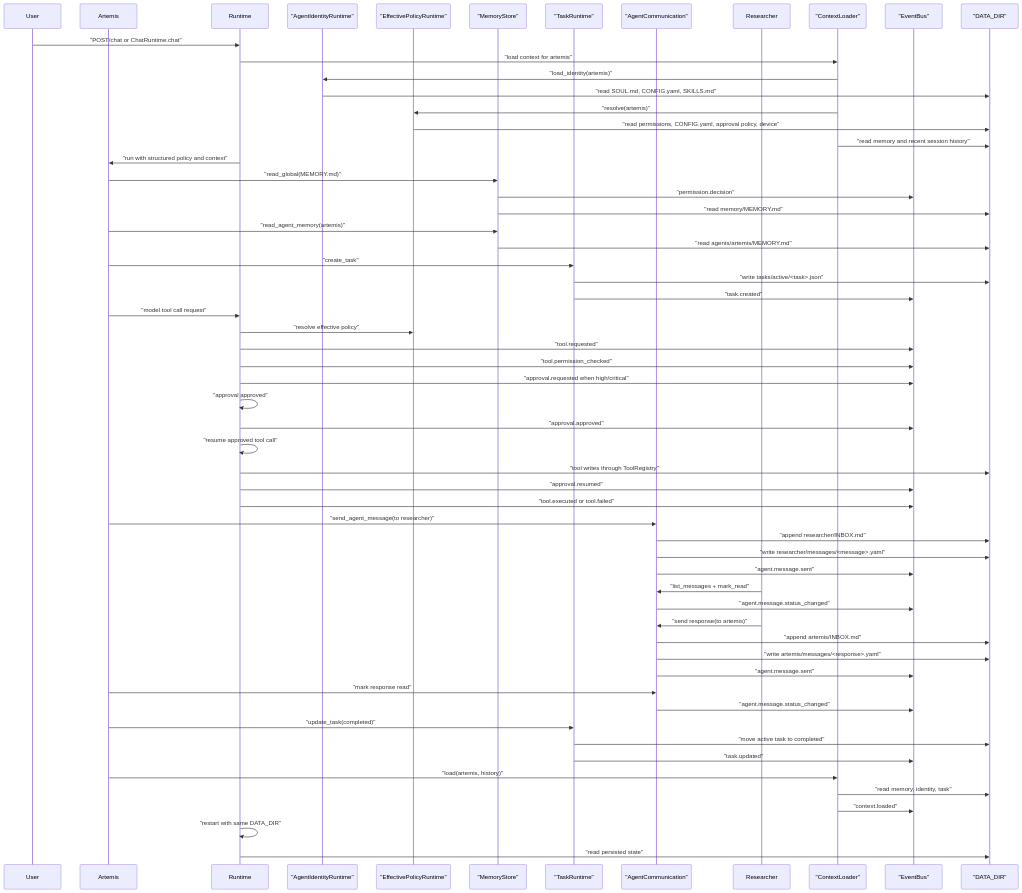
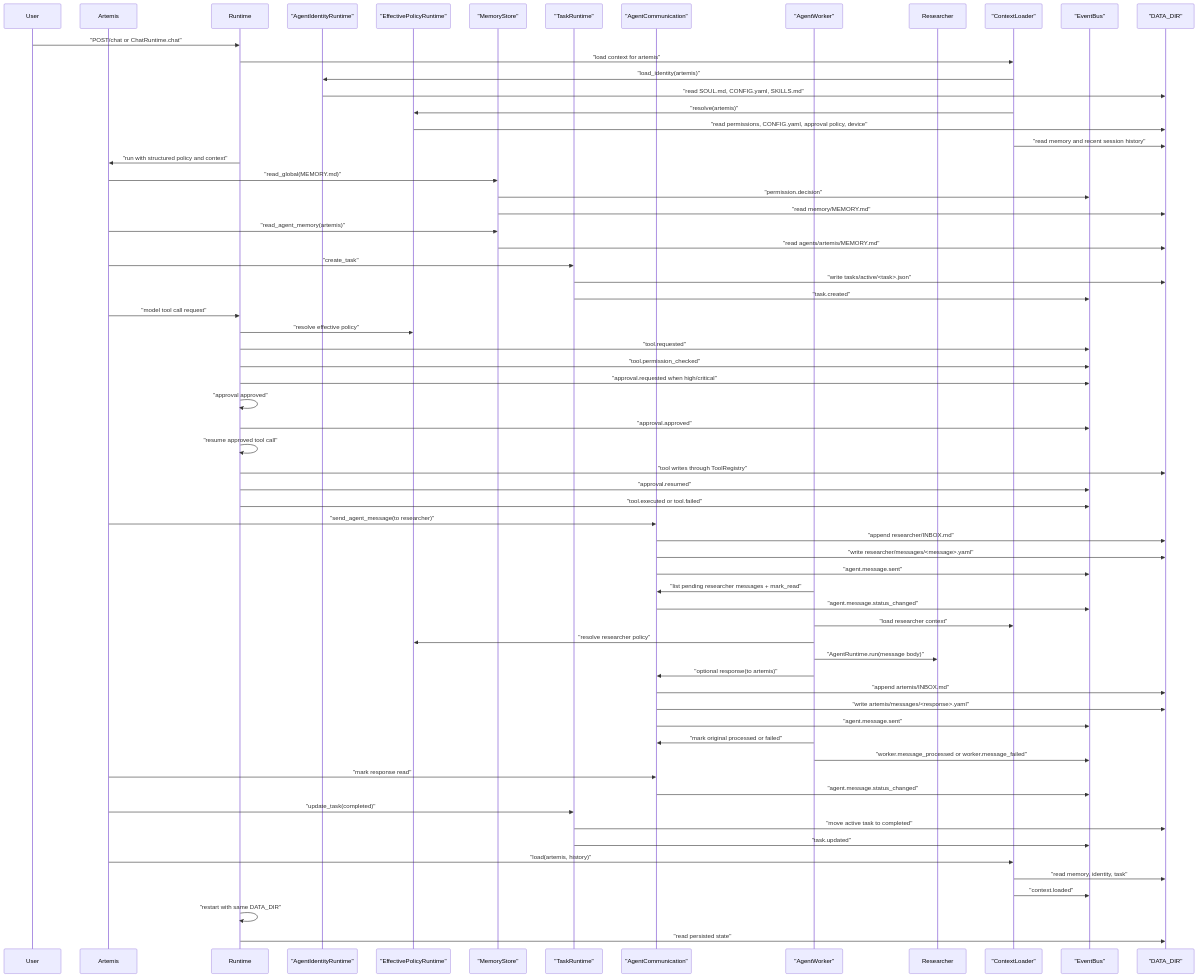
One commit to xDynamo01/Synapse changed the diagram in docs/validation/runtime-walkthrough.md. Above: the diagram before and after it, drawn with Mermaid. The commit also changed other lines of this file and 9 other files, not shown here.

Commit message:
feat: add agent worker inbox processing

````diff
--- a/docs/validation/runtime-walkthrough.md
+++ b/docs/validation/runtime-walkthrough.md
@@ -701,63 +718,69 @@
 ```mermaid
 sequenceDiagram
     participant User
     participant Artemis
     participant Runtime
     participant Identity as "AgentIdentityRuntime"
     participant Policy as "EffectivePolicyRuntime"
     participant Memory as "MemoryStore"
     participant Tasks as "TaskRuntime"
     participant A2A as "AgentCommunication"
+    participant Worker as "AgentWorker"
     participant Researcher
     participant Context as "ContextLoader"
     participant Events as "EventBus"
     participant Files as "DATA_DIR"
 
     User->>Runtime: "POST/chat or ChatRuntime.chat"
     Runtime->>Context: "load context for artemis"
     Context->>Identity: "load_identity(artemis)"
     Identity->>Files: "read SOUL.md, CONFIG.yaml, SKILLS.md"
     Context->>Policy: "resolve(artemis)"
     Policy->>Files: "read permissions, CONFIG.yaml, approval policy, device"
     Context->>Files: "read memory and recent session history"
     Runtime->>Artemis: "run with structured policy and context"
     Artemis->>Memory: "read_global(MEMORY.md)"
     Memory->>Events: "permission.decision"
     Memory->>Files: "read memory/MEMORY.md"
     Artemis->>Memory: "read_agent_memory(artemis)"
     Memory->>Files: "read agents/artemis/MEMORY.md"
     Artemis->>Tasks: "create_task"
     Tasks->>Files: "write tasks/active/<task>.json"
     Tasks->>Events: "task.created"
     Artemis->>Runtime: "model tool call request"
     Runtime->>Policy: "resolve effective policy"
     Runtime->>Events: "tool.requested"
     Runtime->>Events: "tool.permission_checked"
     Runtime->>Events: "approval.requested when high/critical"
     Runtime->>Runtime: "approval approved"
     Runtime->>Events: "approval.approved"
     Runtime->>Runtime: "resume approved tool call"
     Runtime->>Files: "tool writes through ToolRegistry"
     Runtime->>Events: "approval.resumed"
     Runtime->>Events: "tool.executed or tool.failed"
     Artemis->>A2A: "send_agent_message(to researcher)"
     A2A->>Files: "append researcher/INBOX.md"
     A2A->>Files: "write researcher/messages/<message>.yaml"
     A2A->>Events: "agent.message.sent"
-    Researcher->>A2A: "list_messages + mark_read"
+    Worker->>A2A: "list pending researcher messages + mark_read"
     A2A->>Events: "agent.message.status_changed"
-    Researcher->>A2A: "send response(to artemis)"
+    Worker->>Context: "load researcher context"
+    Worker->>Policy: "resolve researcher policy"
+    Worker->>Researcher: "AgentRuntime.run(message body)"
+    Worker->>A2A: "optional response(to artemis)"
     A2A->>Files: "append artemis/INBOX.md"
     A2A->>Files: "write artemis/messages/<response>.yaml"
     A2A->>Events: "agent.message.sent"
+    Worker->>A2A: "mark original processed or failed"
+    Worker->>Events: "worker.message_processed or worker.message_failed"
     Artemis->>A2A: "mark response read"
     A2A->>Events: "agent.message.status_changed"
     Artemis->>Tasks: "update_task(completed)"
     Tasks->>Files: "move active task to completed"
     Tasks->>Events: "task.updated"
     Artemis->>Context: "load(artemis, history)"
     Context->>Files: "read memory, identity, task"
     Context->>Events: "context.loaded"
     Runtime->>Runtime: "restart with same DATA_DIR"
     Runtime->>Files: "read persisted state"
 ```
````
